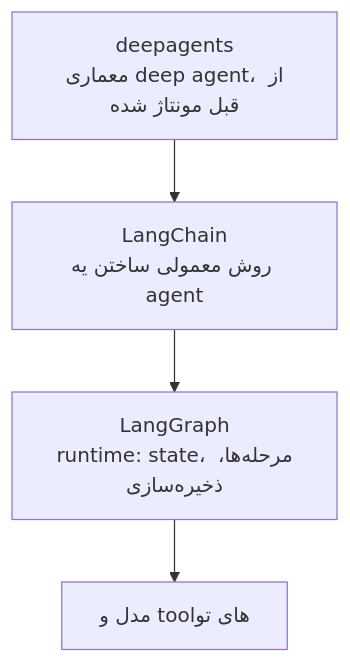
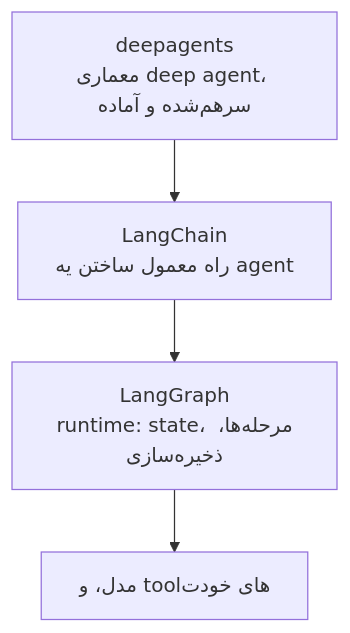
The first of 2 diagrams in mini-courses/4_ecosystem/agent_frameworks_fa.md (lokumai/ai-engineering-bazaar), drawn with Mermaid before and after one commit. The commit also changed other lines of this file and 82 other files, not shown here.

````diff
--- a/mini-courses/4_ecosystem/agent_frameworks_fa.md
+++ b/mini-courses/4_ecosystem/agent_frameworks_fa.md
@@ -21,6 +21,6 @@
 ```mermaid
 graph TD
-    A["deepagents<br/>معماری deep agent، از قبل مونتاژ شده"] --> B["LangChain<br/>روش معمولی ساختن یه agent"]
+    A["deepagents<br/>معماری deep agent، سرهم‌شده و آماده"] --> B["LangChain<br/>راه معمول ساختن یه agent"]
     B --> C["LangGraph<br/>runtime: state، مرحله‌ها، ذخیره‌سازی"]
-    C --> D["مدل و tool‌های تو"]
+    C --> D["مدل، و tool‌های خودت"]
 ```
````
